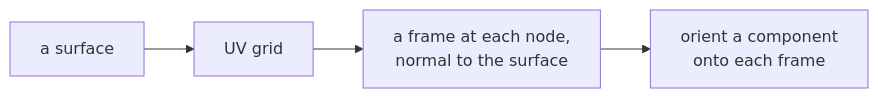
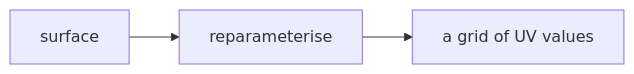
Before and after one commit to rccn-teaching/cdf: the second of 4 diagrams in Lecture/Week_09/goals.md, drawn with Mermaid. The commit also changed other lines of this file and 23 other files, not shown here.

Commit message:
Refactor lecture materials for Weeks 13-15: update README and goals to enhance clarity and structure; adjust session objectives and commands; improve flowcharts and voting processes for better engagement and understanding.

````diff
--- a/Lecture/Week_09/goals.md
+++ b/Lecture/Week_09/goals.md
@@ -32,6 +34,7 @@
 ```mermaid
 flowchart LR
-    S["a surface"] --> G["UV grid"]
-    G --> F["a frame at each node,<br/>normal to the surface"]
-    F --> C["orient a component<br/>onto each frame"]
+    S0["surface"]
+    R1["reparameterise"]
+    D2["a grid of UV values"]
+    S0 --> R1 --> D2
 ```
````
